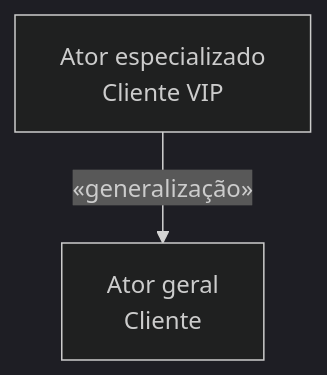
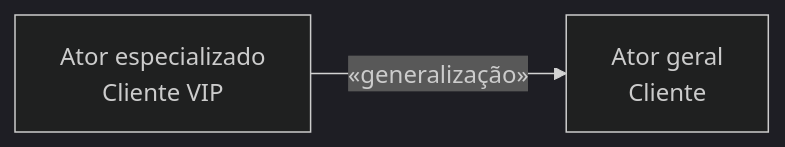
Before and after one commit to leorruas/puc: the fourth of 9 diagrams in 07. Engenharia de Requisitos/08. Modelagem de requisitos com casos de uso e especificações textuais.md, drawn with Mermaid (dark theme). The commit also changed other lines of this file, not shown here.

Commit message:
Normaliza Mermaid de casos de uso

````diff
--- a/07. Engenharia de Requisitos/08. Modelagem de requisitos com casos de uso e especificações textuais.md
+++ b/07. Engenharia de Requisitos/08. Modelagem de requisitos com casos de uso e especificações textuais.md
@@ -141,4 +140,4 @@
 ```mermaid
-flowchart TD
+flowchart LR
     VIP["Ator especializado<br>Cliente VIP"]:::external -->|"«generalização»"| Cliente["Ator geral<br>Cliente"]:::external
 ```
````
